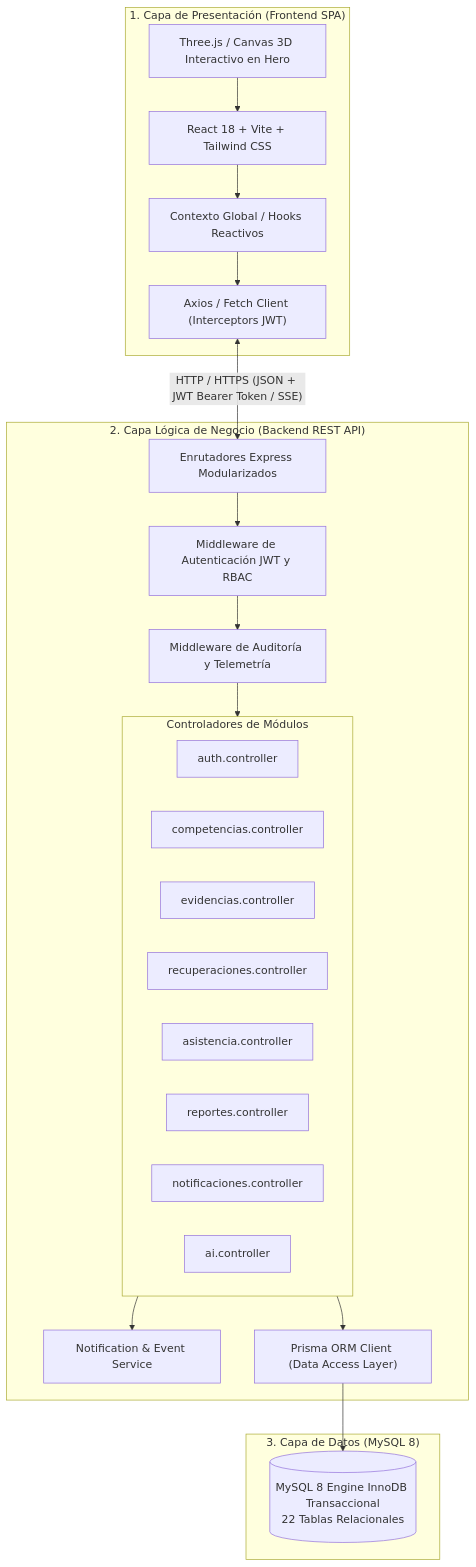
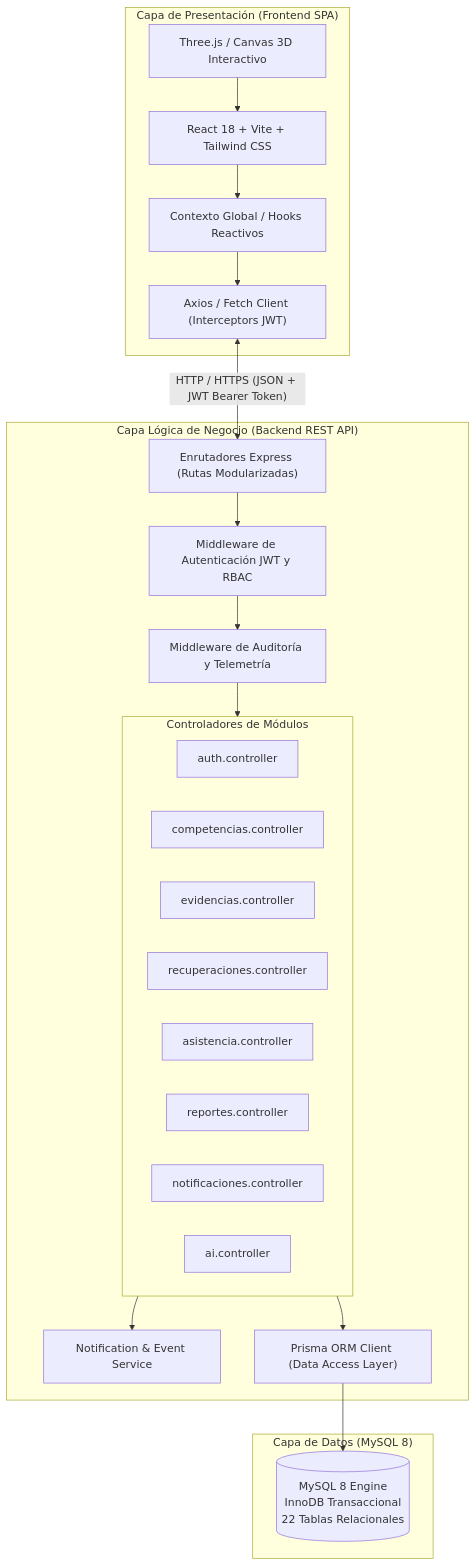
One commit to bautistanyely809-creator/PLATAFORMA-DE-GESTI-N-ACAD-MICA changed the second of 19 diagrams in documentos/SRS_EDUNOVA.md. Above: the diagram before and after it, drawn with Mermaid. The commit also changed other lines of this file and 58 other files, not shown here.

````diff
--- a/documentos/SRS_EDUNOVA.md
+++ b/documentos/SRS_EDUNOVA.md
@@ -267,46 +374,47 @@
 ```mermaid
 flowchart TB
-    subgraph CLIENTE["1. Capa de Presentación (Frontend SPA)"]
+    subgraph CLIENTE["Capa de Presentación (Frontend SPA)"]
         UI["React 18 + Vite + Tailwind CSS"]
-        T3D["Three.js / Canvas 3D Interactivo en Hero"]
+        T3D["Three.js / Canvas 3D Interactivo"]
         STATE["Contexto Global / Hooks Reactivos"]
         API_CLIENT["Axios / Fetch Client (Interceptors JWT)"]
         UI --> STATE
         T3D --> UI
         STATE --> API_CLIENT
     end
 
-    subgraph SERVIDOR["2. Capa Lógica de Negocio (Backend REST API)"]
-        ROUTER["Enrutadores Express Modularizados"]
+    subgraph SERVIDOR["Capa Lógica de Negocio (Backend REST API)"]
+        ROUTER["Enrutadores Express (Rutas Modularizadas)"]
         AUTH_MID["Middleware de Autenticación JWT y RBAC"]
         AUDIT_MID["Middleware de Auditoría y Telemetría"]
         
         subgraph CONTROLADORES["Controladores de Módulos"]
             C_AUTH["auth.controller"]
             C_COMP["competencias.controller"]
             C_EVID["evidencias.controller"]
             C_REC["recuperaciones.controller"]
             C_ASIS["asistencia.controller"]
             C_REP["reportes.controller"]
             C_NOT["notificaciones.controller"]
             C_AI["ai.controller"]
         end
 
         SRV_NOTIF["Notification & Event Service"]
         PRISMA["Prisma ORM Client (Data Access Layer)"]
 
         ROUTER --> AUTH_MID
         AUTH_MID --> AUDIT_MID
         AUDIT_MID --> CONTROLADORES
         CONTROLADORES --> SRV_NOTIF
         CONTROLADORES --> PRISMA
     end
 
-    subgraph PERSISTENCIA["3. Capa de Datos (MySQL 8)"]
-        DB[("MySQL 8 Engine InnoDB Transaccional
+    subgraph PERSISTENCIA["Capa de Datos (MySQL 8)"]
+        DB[("MySQL 8 Engine
+InnoDB Transaccional
 22 Tablas Relacionales")]
         PRISMA --> DB
     end
 
-    API_CLIENT <-->|"HTTP / HTTPS (JSON + JWT Bearer Token / SSE)"| ROUTER
+    API_CLIENT <-->|"HTTP / HTTPS (JSON + JWT Bearer Token)"| ROUTER
 ```
````
